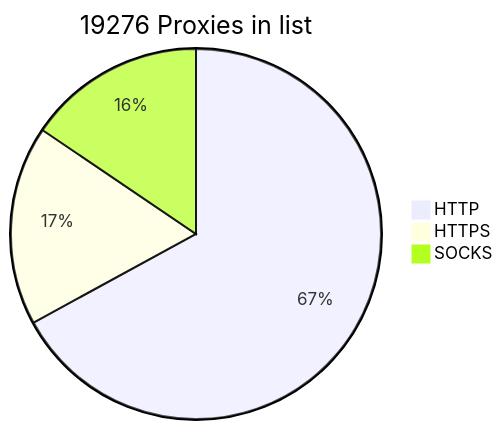
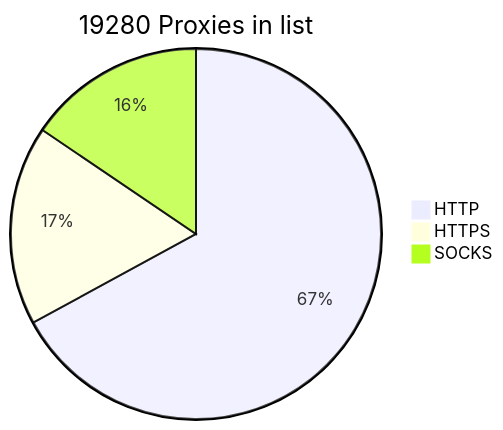
Before and after one commit to BlackSnowDot/proxylist-update-every-minute: the diagram in README.md, drawn with Mermaid.

````diff
--- a/README.md
+++ b/README.md
@@ -2,6 +2,6 @@
 ```mermaid
-pie title 19276 Proxies in list
-    "HTTP" : 14260
+pie title 19280 Proxies in list
+    "HTTP" : 14265
     "HTTPS": 3703
     "SOCKS" : 3302
 ```
````
